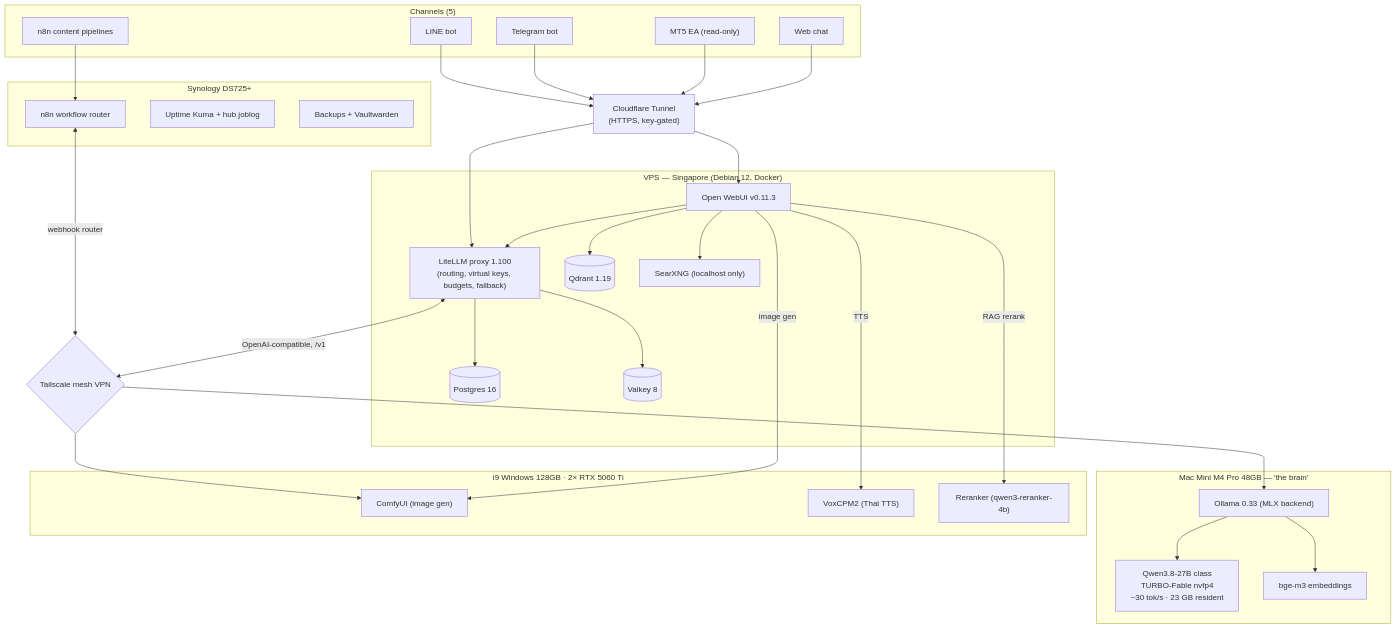
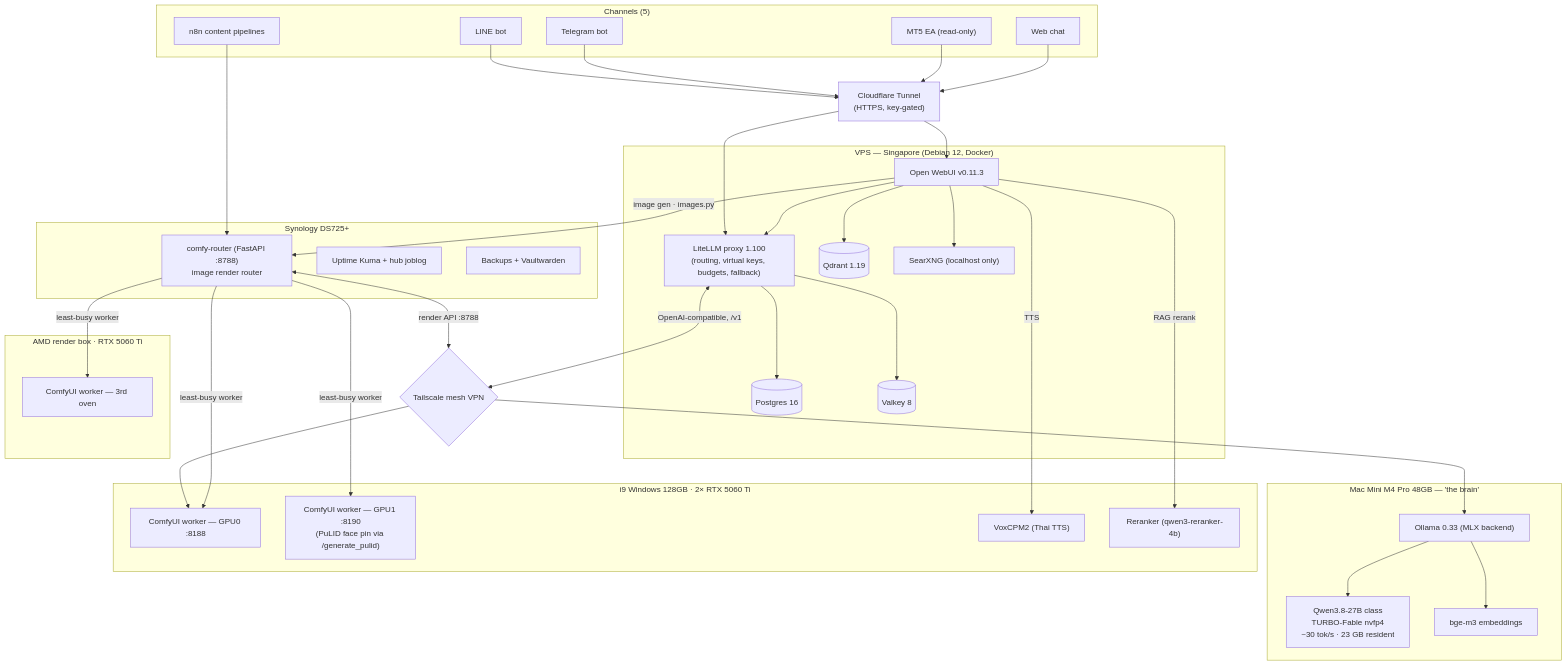
One commit to siamcafe/bomllm changed the diagram in README.md. Above: the diagram before and after it, drawn with Mermaid. The commit also changed other lines of this file and 2 other files, not shown here.

````diff
--- a/README.md
+++ b/README.md
@@ -23,57 +23,63 @@
 ```mermaid
 flowchart TB
     subgraph USERS["Channels (5)"]
         LINE["LINE bot"]
         TG["Telegram bot"]
         MT5["MT5 EA (read-only)"]
         WEB["Web chat"]
         N8NP["n8n content pipelines"]
     end
 
     CF["Cloudflare Tunnel<br/>(HTTPS, key-gated)"]
 
     subgraph VPS["VPS — Singapore (Debian 12, Docker)"]
         OW["Open WebUI v0.11.3"]
         LL["LiteLLM proxy 1.100<br/>(routing, virtual keys, budgets, fallback)"]
         PG[("Postgres 16")]
         QD[("Qdrant 1.19")]
         VY[("Valkey 8")]
         SX["SearXNG (localhost only)"]
     end
 
     TS{"Tailscale mesh VPN"}
 
     subgraph MAC["Mac Mini M4 Pro 48GB — 'the brain'"]
         OL["Ollama 0.33 (MLX backend)"]
         M1["Qwen3.8-27B class<br/>TURBO-Fable nvfp4<br/>~30 tok/s · 23 GB resident"]
         EMB["bge-m3 embeddings"]
     end
 
     subgraph I9["i9 Windows 128GB · 2× RTX 5060 Ti"]
-        CU["ComfyUI (image gen)"]
+        CU0["ComfyUI worker — GPU0 :8188"]
+        CU1["ComfyUI worker — GPU1 :8190<br/>(PuLID face pin via /generate_pulid)"]
         TTS["VoxCPM2 (Thai TTS)"]
         RR["Reranker (qwen3-reranker-4b)"]
     end
 
+    subgraph AMD["AMD render box · RTX 5060 Ti"]
+        CUA["ComfyUI worker — 3rd oven"]
+    end
+
     subgraph NAS["Synology DS725+"]
-        N8N["n8n workflow router"]
+        CR["comfy-router (FastAPI :8788)<br/>image render router"]
         MON["Uptime Kuma + hub joblog"]
         BAK["Backups + Vaultwarden"]
     end
 
     LINE & TG & MT5 & WEB --> CF
-    N8NP --> N8N
+    N8NP --> CR
     CF --> OW & LL
     OW --> LL
     LL --> PG & VY
     OW --> SX
     OW --> QD
     LL <-->|"OpenAI-compatible, /v1"| TS
-    N8N <-->|"webhook router"| TS
+    CR <-->|"render API :8788"| TS
     TS --> OL
-    TS --> CU
+    TS --> CU0
     OL --> M1 & EMB
-    OW -->|image gen| CU
+    OW -->|"image gen · images.py"| CR
+    CR -->|"least-busy worker"| CU0 & CU1 & CUA
     OW -->|TTS| TTS
     OW -->|RAG rerank| RR
 ```
````
